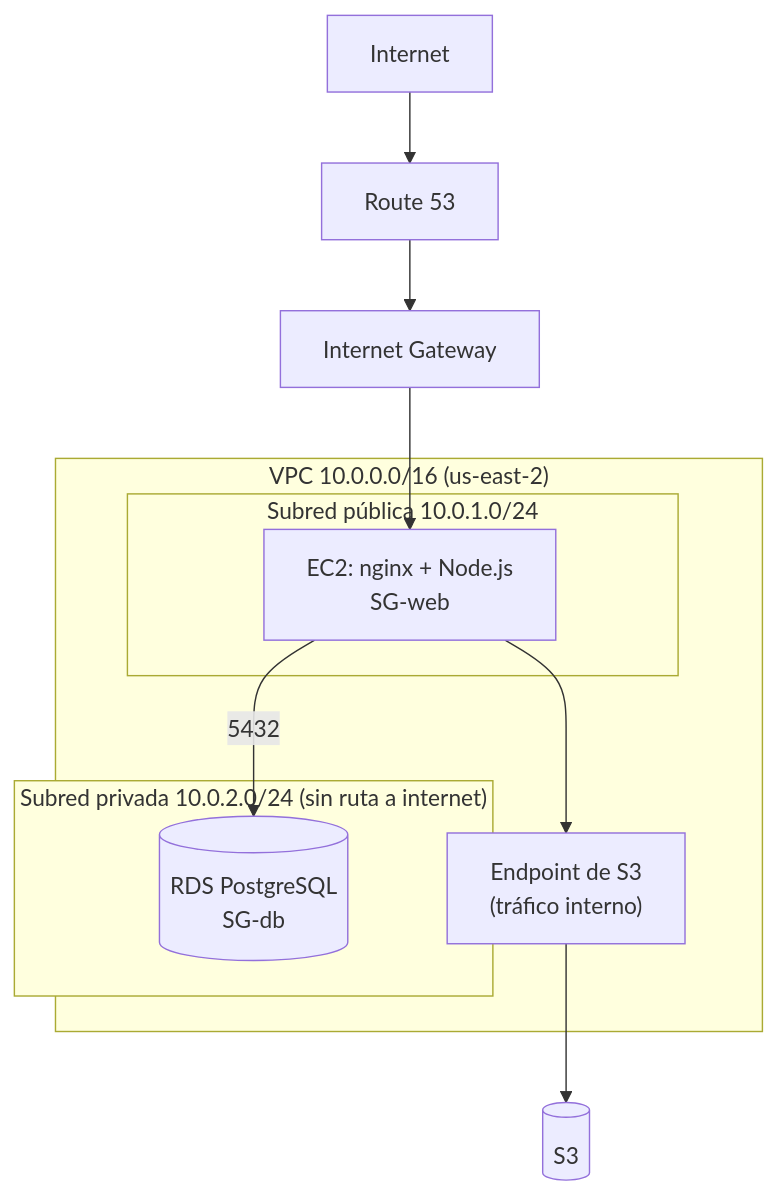
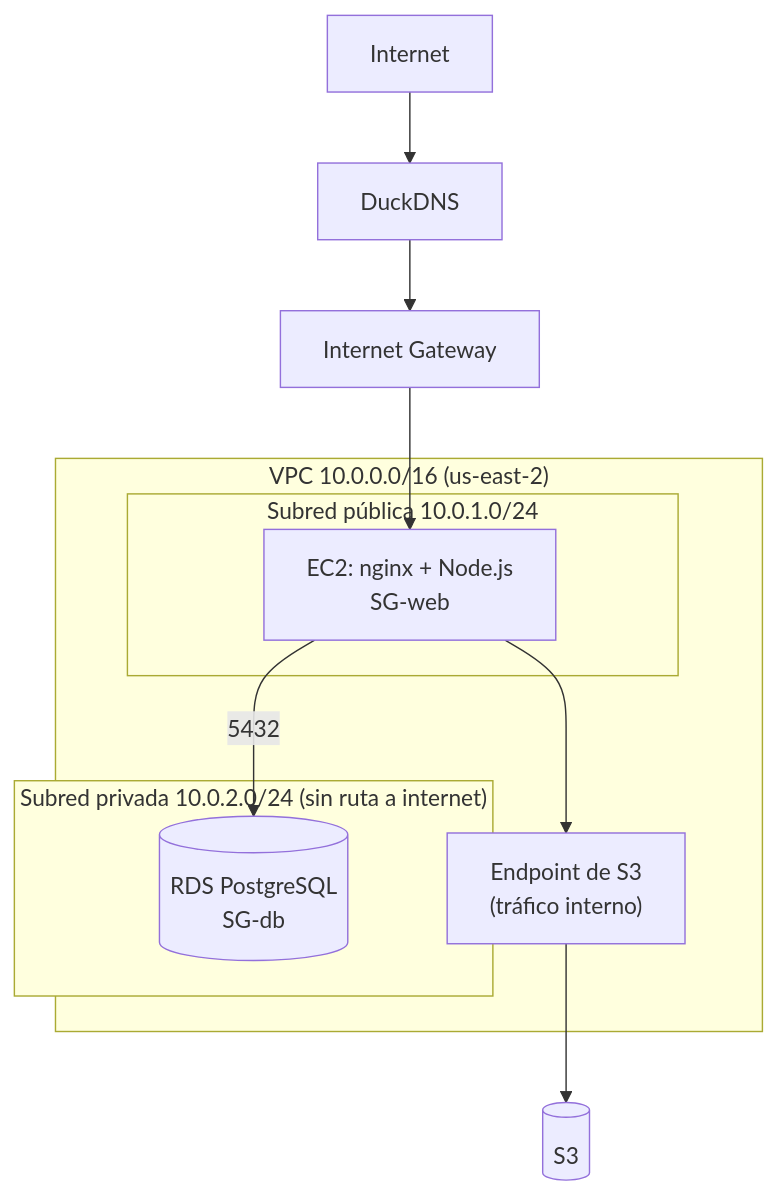
One commit to Meligamer2901/mi-red-social changed the second of 2 diagrams in docs/SEGMENTACION_RED.md. Above: the diagram before and after it, drawn with Mermaid. The commit also changed other lines of this file and 58 other files, not shown here.

````diff
--- a/docs/SEGMENTACION_RED.md
+++ b/docs/SEGMENTACION_RED.md
@@ -72,16 +72,16 @@
 ```mermaid
 flowchart TB
-    U["Internet"] --> R53["Route 53"] --> IGW["Internet Gateway"]
+    U["Internet"] --> R53["DuckDNS"] --> IGW["Internet Gateway"]
     subgraph VPC["VPC 10.0.0.0/16 (us-east-2)"]
         subgraph PUB["Subred pública 10.0.1.0/24"]
             WEB["EC2: nginx + Node.js\nSG-web"]
         end
         subgraph PRIV["Subred privada 10.0.2.0/24 (sin ruta a internet)"]
             DB[("RDS PostgreSQL\nSG-db")]
         end
         VPCE["Endpoint de S3\n(tráfico interno)"]
     end
     IGW --> WEB
     WEB -->|5432| DB
     WEB --> VPCE --> S3[("S3")]
 ```
````
